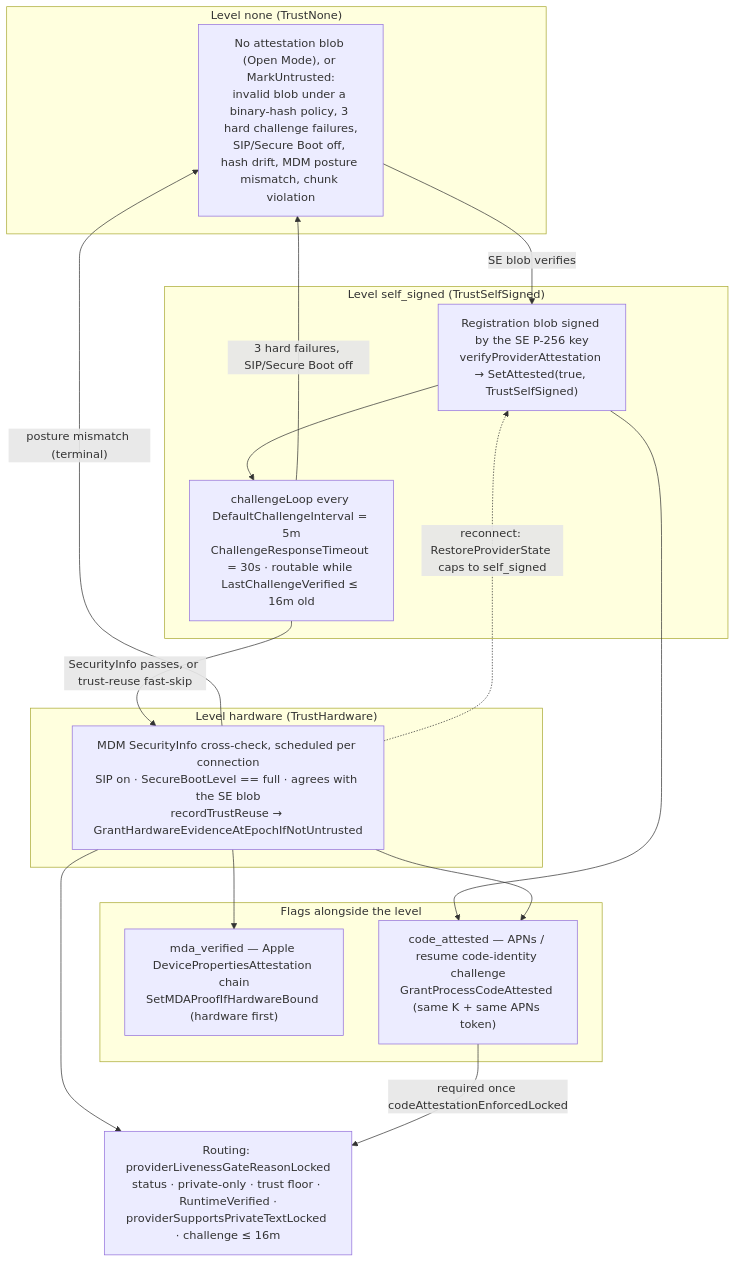
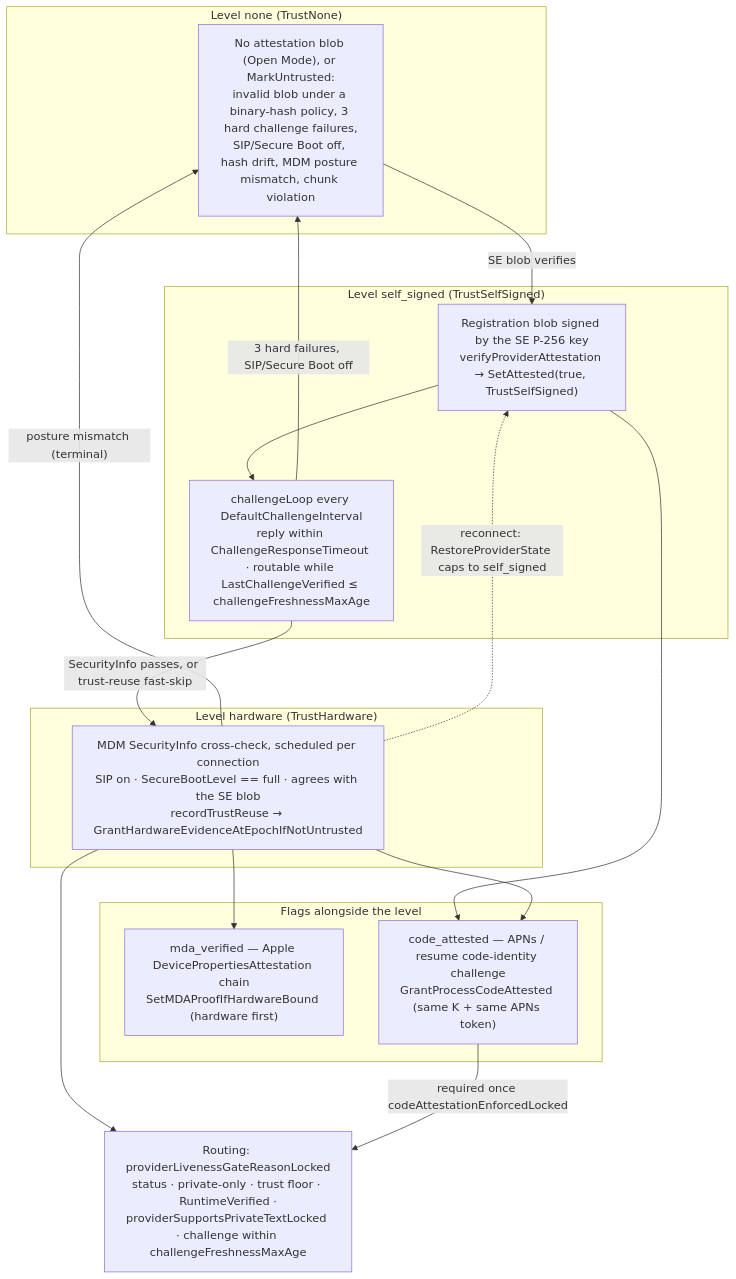
Before and after one commit to Layr-Labs/d-inference: the diagram in docs/architecture/security/attestation.md, drawn with Mermaid. The commit also changed other lines of this file and 50 other files, not shown here.

````diff
--- a/docs/architecture/security/attestation.md
+++ b/docs/architecture/security/attestation.md
@@ -23,29 +23,29 @@
 ```mermaid
 flowchart TB
     subgraph L0["Level none (TrustNone)"]
         A0["No attestation blob (Open Mode), or MarkUntrusted:<br/>invalid blob under a binary-hash policy, 3 hard challenge failures,<br/>SIP/Secure Boot off, hash drift, MDM posture mismatch, chunk violation"]
     end
     subgraph L1["Level self_signed (TrustSelfSigned)"]
         A1["Registration blob signed by the SE P-256 key<br/>verifyProviderAttestation → SetAttested(true, TrustSelfSigned)"]
-        A2["challengeLoop every DefaultChallengeInterval = 5m<br/>ChallengeResponseTimeout = 30s · routable while LastChallengeVerified ≤ 16m old"]
+        A2["challengeLoop every DefaultChallengeInterval<br/>reply within ChallengeResponseTimeout · routable while LastChallengeVerified ≤ challengeFreshnessMaxAge"]
     end
     subgraph L2["Level hardware (TrustHardware)"]
         A3["MDM SecurityInfo cross-check, scheduled per connection<br/>SIP on · SecureBootLevel == full · agrees with the SE blob<br/>recordTrustReuse → GrantHardwareEvidenceAtEpochIfNotUntrusted"]
     end
     subgraph F["Flags alongside the level"]
         B1["mda_verified — Apple DevicePropertiesAttestation chain<br/>SetMDAProofIfHardwareBound (hardware first)"]
         B2["code_attested — APNs / resume code-identity challenge<br/>GrantProcessCodeAttested (same K + same APNs token)"]
     end
     A0 -->|"SE blob verifies"| A1
     A1 --> A2
     A2 -->|"SecurityInfo passes, or trust-reuse fast-skip"| A3
     A3 --> B1
     A1 --> B2
     A3 --> B2
     A2 -->|"3 hard failures, SIP/Secure Boot off"| A0
     A3 -->|"posture mismatch (terminal)"| A0
     A3 -.->|"reconnect: RestoreProviderState caps to self_signed"| A1
-    G["Routing: providerLivenessGateReasonLocked<br/>status · private-only · trust floor · RuntimeVerified ·<br/>providerSupportsPrivateTextLocked · challenge ≤ 16m"]
+    G["Routing: providerLivenessGateReasonLocked<br/>status · private-only · trust floor · RuntimeVerified ·<br/>providerSupportsPrivateTextLocked · challenge within challengeFreshnessMaxAge"]
     A3 --> G
     B2 -->|"required once codeAttestationEnforcedLocked"| G
 ```
````
